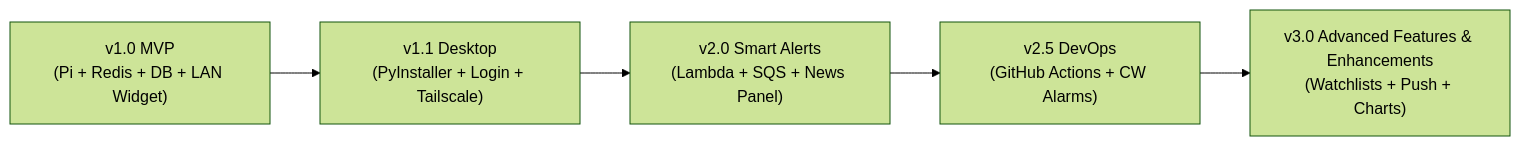
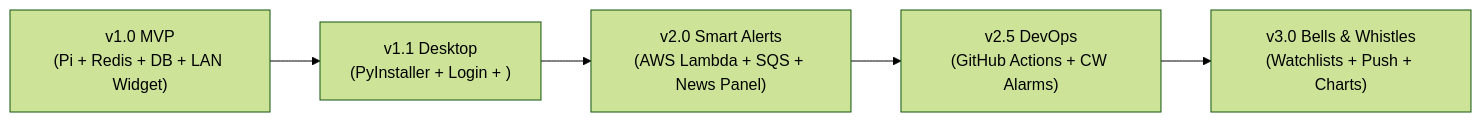
The diagram in docs/stock-ticker-spec.md (melvindisla/Stock_Ticker_Widget_APP), drawn with Mermaid (forest theme) before and after one commit. The commit also changed other lines of this file and 2 other files, not shown here.

````diff
--- a/docs/stock-ticker-spec.md
+++ b/docs/stock-ticker-spec.md
@@ -761,7 +768,7 @@
 ```mermaid
 flowchart LR
-    A["v1.0 MVP\n(Pi + Redis + DB + LAN Widget)"] --> B["v1.1 Desktop\n(PyInstaller + Login + Tailscale)"]
-    B --> C["v2.0 Smart Alerts\n(Lambda + SQS + News Panel)"]
-    C --> D["v2.5 DevOps\n(GitHub Actions + CW Alarms)"]
-    D --> E["v3.0 Advanced Features & Enhancements\n(Watchlists + Push + Charts)"]
+    A["v1.0 MVP<br/>(Pi + Redis + DB + LAN Widget)"] --> B["v1.1 Desktop<br/>(PyInstaller + Login + )"]
+    B --> C["v2.0 Smart Alerts<br/>(AWS Lambda + SQS + News Panel)"]
+    C --> D["v2.5 DevOps<br/>(GitHub Actions + CW Alarms)"]
+    D --> E["v3.0 Bells & Whistles<br/>(Watchlists + Push + Charts)"]
 ```
````
